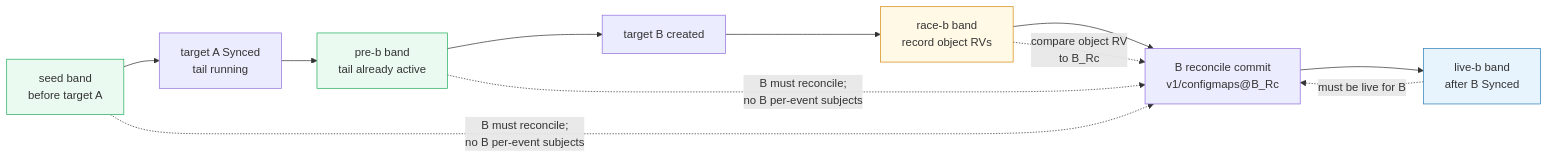
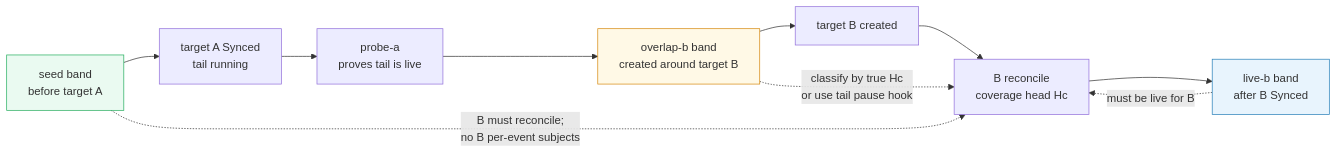
Before and after one commit to ConfigButler/gitops-reverser: the seventh of 7 diagrams in docs/design/stream/signing-snapshot-tail-replay-failure-investigation.md, drawn with Mermaid. The commit also changed other lines of this file and 2 other files, not shown here.

````diff
--- a/docs/design/stream/signing-snapshot-tail-replay-failure-investigation.md
+++ b/docs/design/stream/signing-snapshot-tail-replay-failure-investigation.md
@@ -467,19 +599,17 @@
 ```mermaid
 flowchart LR
   S["seed band<br/>before target A"] --> A1["target A Synced<br/>tail running"]
-  A1 --> P["pre-b band<br/>tail already active"]
-  P --> B0["target B created"]
-  B0 --> R["race-b band<br/>record object RVs"]
-  R --> RC["B reconcile commit<br/>v1/configmaps@B_Rc"]
+  A1 --> P["probe-a<br/>proves tail is live"]
+  P --> O["overlap-b band<br/>created around target B"]
+  O --> B0["target B created"]
+  B0 --> RC["B reconcile<br/>coverage head Hc"]
   RC --> L["live-b band<br/>after B Synced"]
 
   S -. "B must reconcile;<br/>no B per-event subjects" .-> RC
-  P -. "B must reconcile;<br/>no B per-event subjects" .-> RC
-  R -. "compare object RV<br/>to B_Rc" .-> RC
+  O -. "classify by true Hc<br/>or use tail pause hook" .-> RC
   L -. "must be live for B" .-> RC
 
   style S fill:#eafaf1,stroke:#27ae60
-  style P fill:#eafaf1,stroke:#27ae60
-  style R fill:#fff9e6,stroke:#d68910
+  style O fill:#fff9e6,stroke:#d68910
   style L fill:#e8f4fd,stroke:#2980b9
 ```
````
